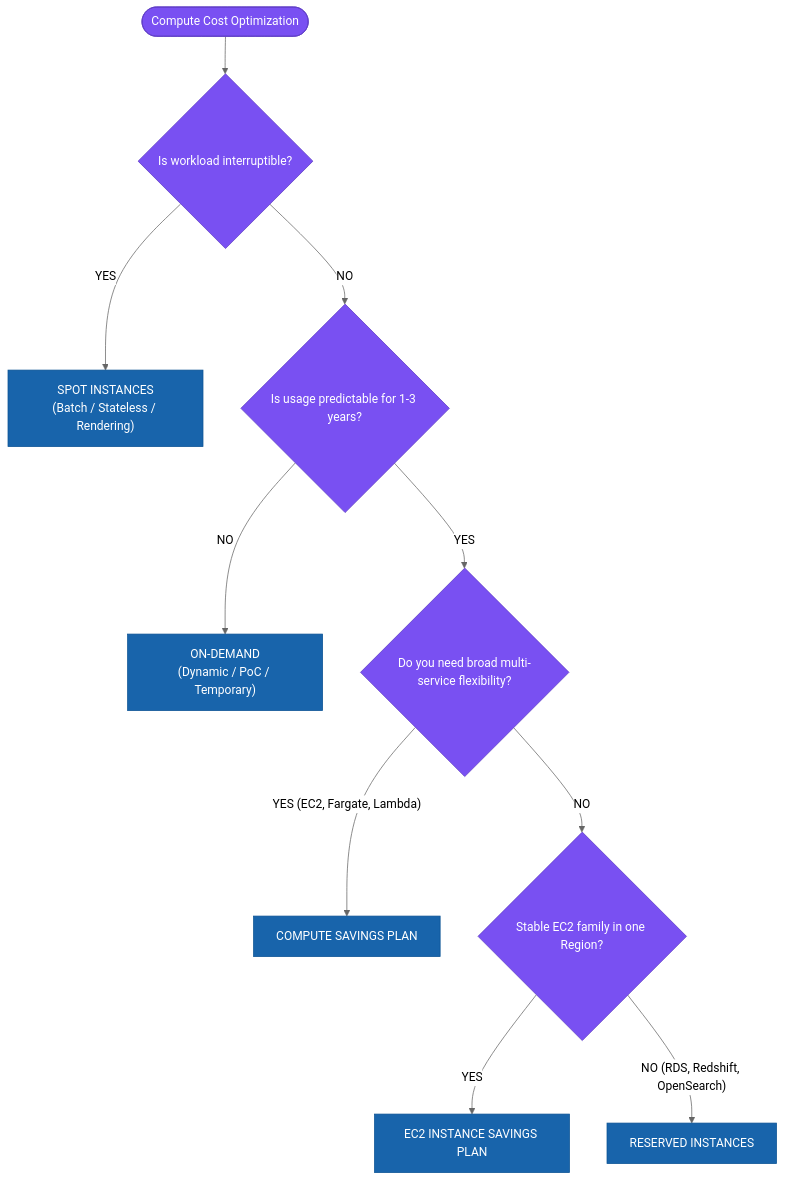
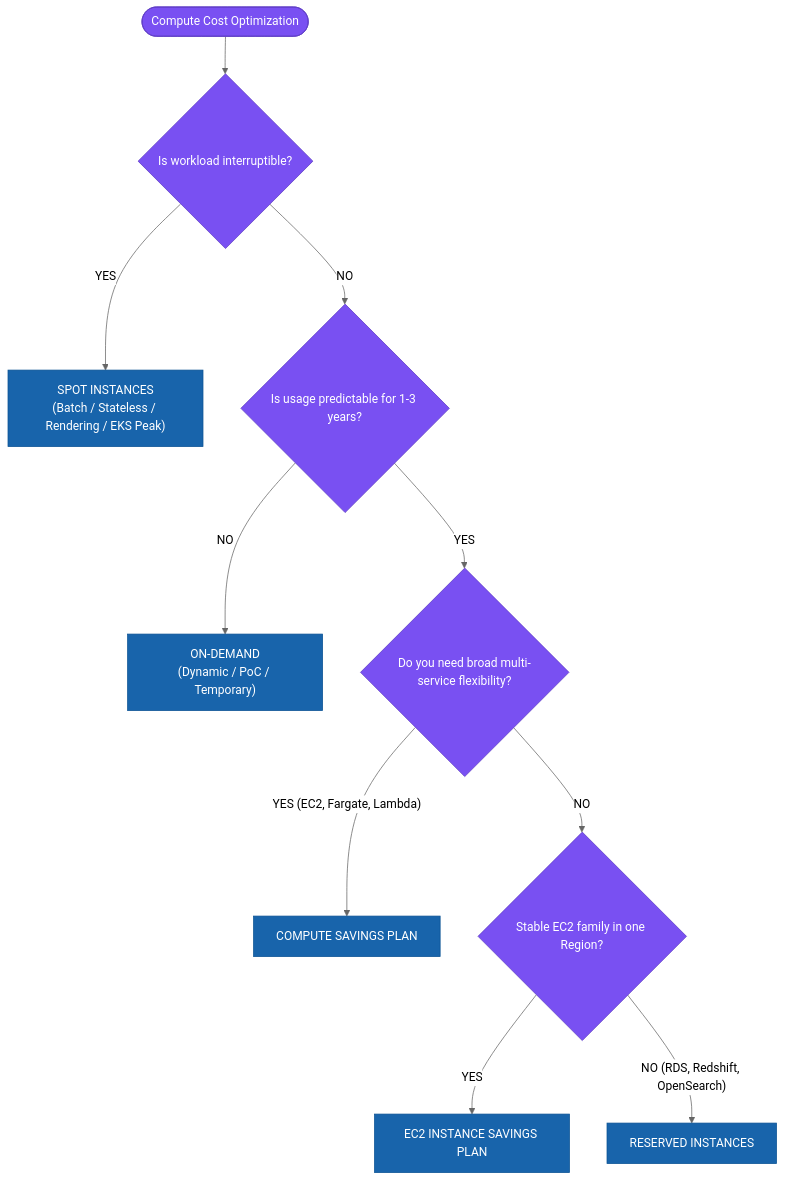
Before and after one commit to ReginRavi/AIP-C01: diagram 16 of 16 in Professional/1.5 AWS purchasing options (for example, Reserved Instances, Savings Plans, Spot Instances).md, drawn with Mermaid (neutral theme). The commit also changed other lines of this file and 8 other files, not shown here.

Commit message:
docs(professional): add real-world exam scenarios for Route 53 ELB Alias, SQS DLQ retries, DX VPN Public VIF, ALB health check storm, Batch Spot HPC, CloudFront Geoblocking, and EKS/RDS cost optimization

````diff
--- a/Professional/1.5 AWS purchasing options (for example, Reserved Instances, Savings Plans, Spot Instances).md
+++ b/Professional/1.5 AWS purchasing options (for example, Reserved Instances, Savings Plans, Spot Instances).md
@@ -1093,22 +1142,22 @@
 ```mermaid
 flowchart TD
     Start(["Compute Cost Optimization"]) --> Q1{"Is workload interruptible?"}
 
-    Q1 -- "YES" --> Spot["SPOT INSTANCES\n(Batch / Stateless / Rendering)"]
+    Q1 -- "YES" --> Spot["SPOT INSTANCES\n(Batch / Stateless / Rendering / EKS Peak)"]
     Q1 -- "NO" --> Q2{"Is usage predictable for 1-3 years?"}
 
     Q2 -- "NO" --> OD["ON-DEMAND\n(Dynamic / PoC / Temporary)"]
     Q2 -- "YES" --> Q3{"Do you need broad multi-service flexibility?"}
 
     Q3 -- "YES (EC2, Fargate, Lambda)" --> CSP["COMPUTE SAVINGS PLAN"]
     Q3 -- "NO" --> Q4{"Stable EC2 family in one Region?"}
 
     Q4 -- "YES" --> ESP["EC2 INSTANCE SAVINGS PLAN"]
     Q4 -- "NO (RDS, Redshift, OpenSearch)" --> RI["RESERVED INSTANCES"]
 
     classDef q fill:#7950f2,stroke:#5f3dc4,color:#ffffff;
     classDef a fill:#1864ab,stroke:#0b5394,color:#ffffff;
 
     class Start,Q1,Q2,Q3,Q4 q;
     class Spot,OD,CSP,ESP,RI a;
 ```
````
